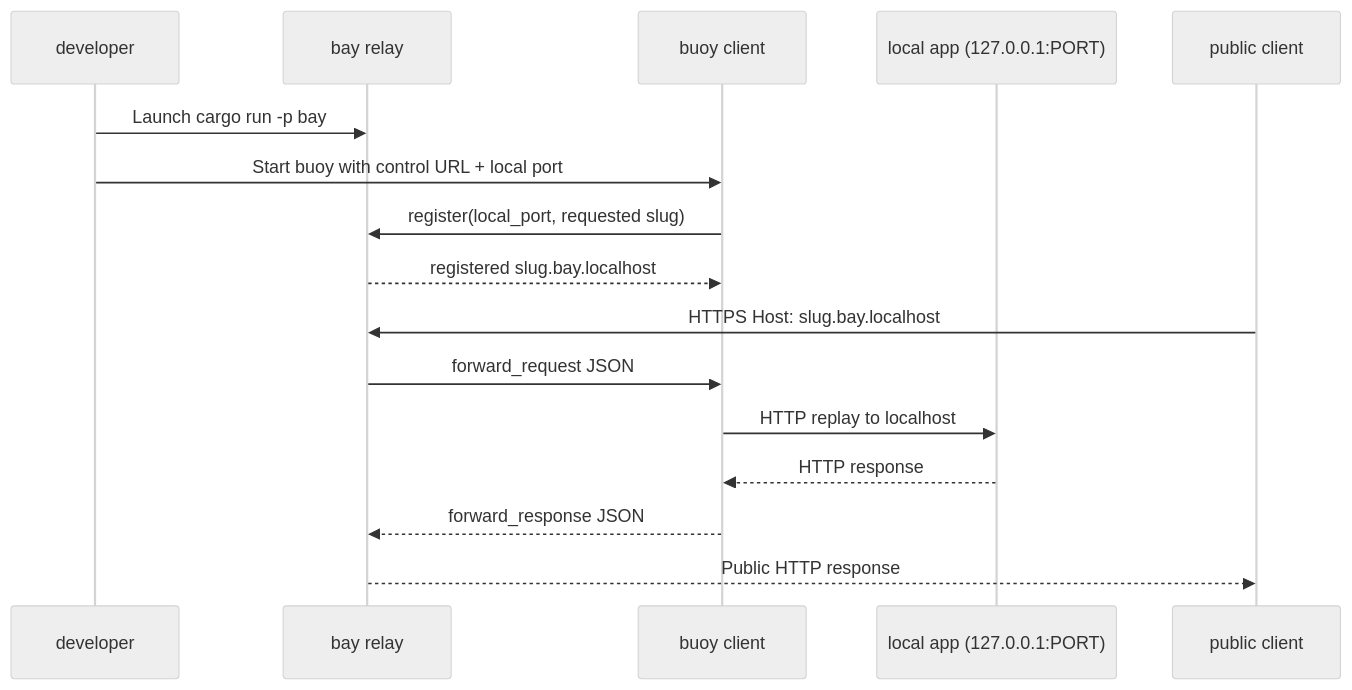
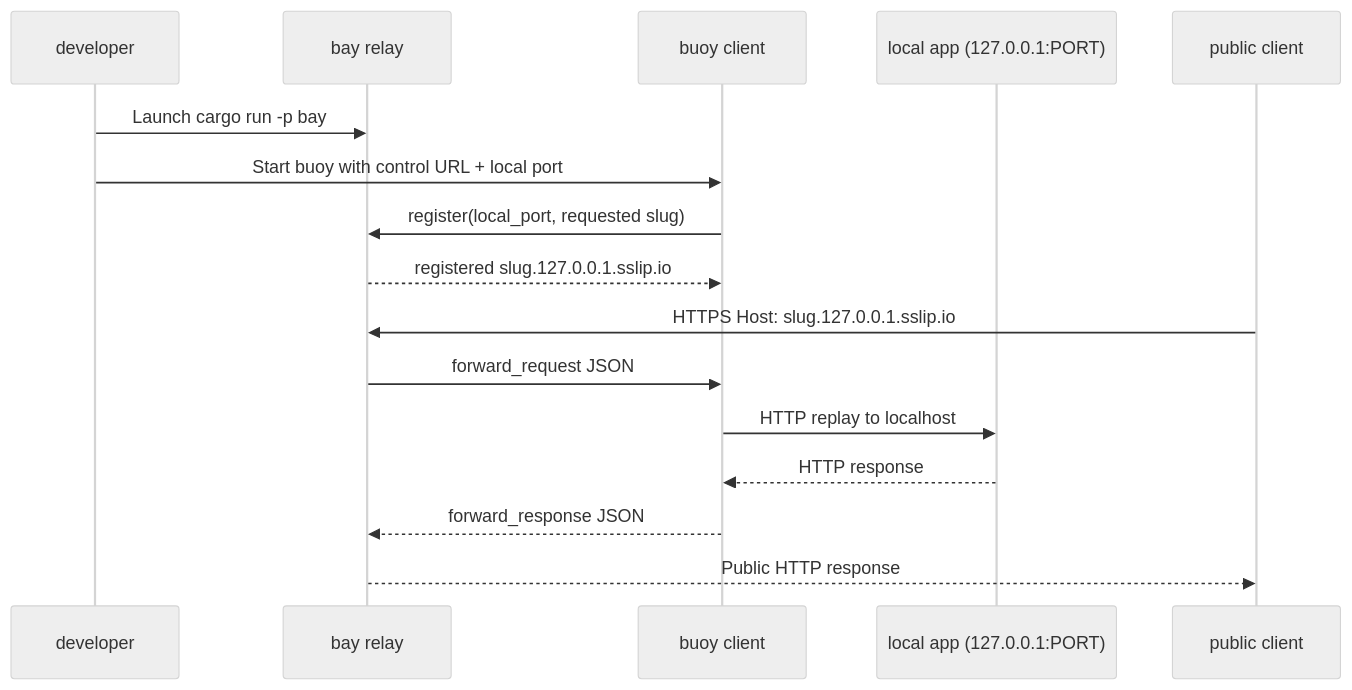
Before and after one commit to timvw/tunnelbay: the diagram in README.md, drawn with Mermaid (neutral theme). The commit also changed other lines of this file and 1 other file, not shown here.

Commit message:
docs: default to sslip domain

````diff
--- a/README.md
+++ b/README.md
@@ -26,19 +26,19 @@
 ```mermaid
 sequenceDiagram
     participant Dev as developer
     participant Bay as bay relay
     participant Buoy as buoy client
     participant App as local app (127.0.0.1:PORT)
     participant Client as public client
 
     Dev->>Bay: Launch cargo run -p bay
     Dev->>Buoy: Start buoy with control URL + local port
     Buoy->>Bay: register(local_port, requested slug)
-    Bay-->>Buoy: registered slug.bay.localhost
-    Client->>Bay: HTTPS Host: slug.bay.localhost
+    Bay-->>Buoy: registered slug.127.0.0.1.sslip.io
+    Client->>Bay: HTTPS Host: slug.127.0.0.1.sslip.io
     Bay->>Buoy: forward_request JSON
     Buoy->>App: HTTP replay to localhost
     App-->>Buoy: HTTP response
     Buoy-->>Bay: forward_response JSON
     Bay-->>Client: Public HTTP response
 ```
````
